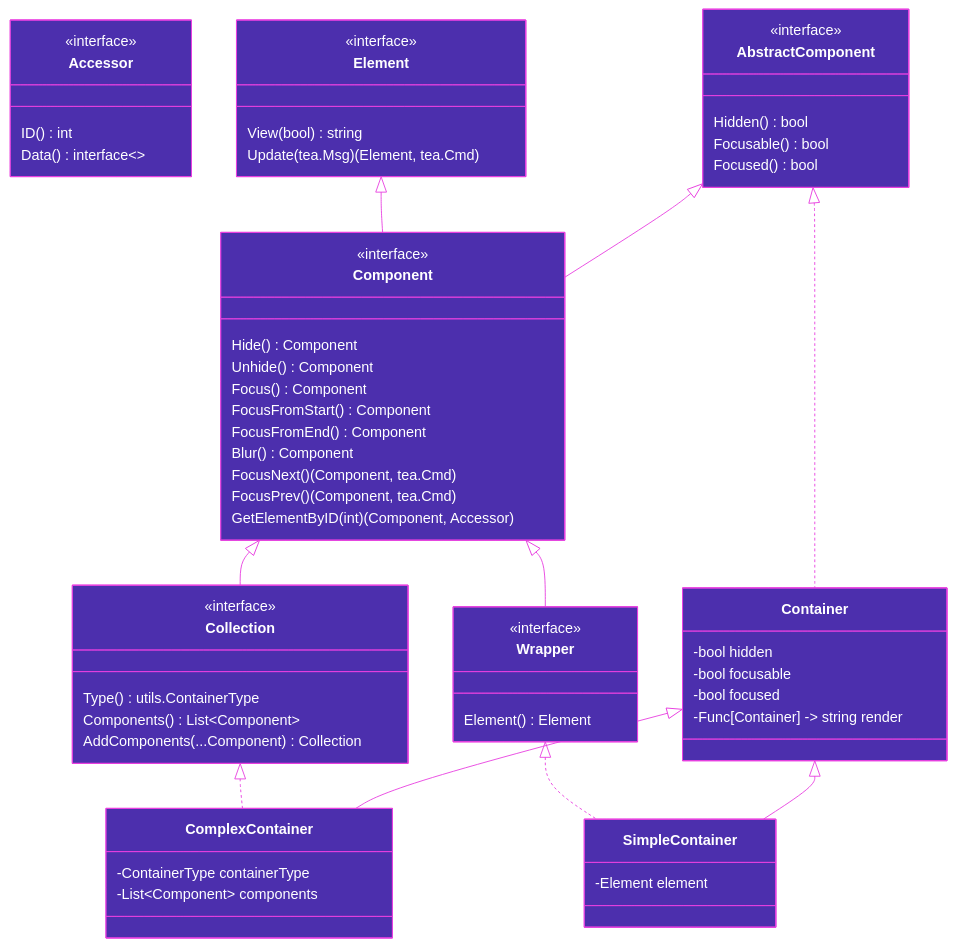
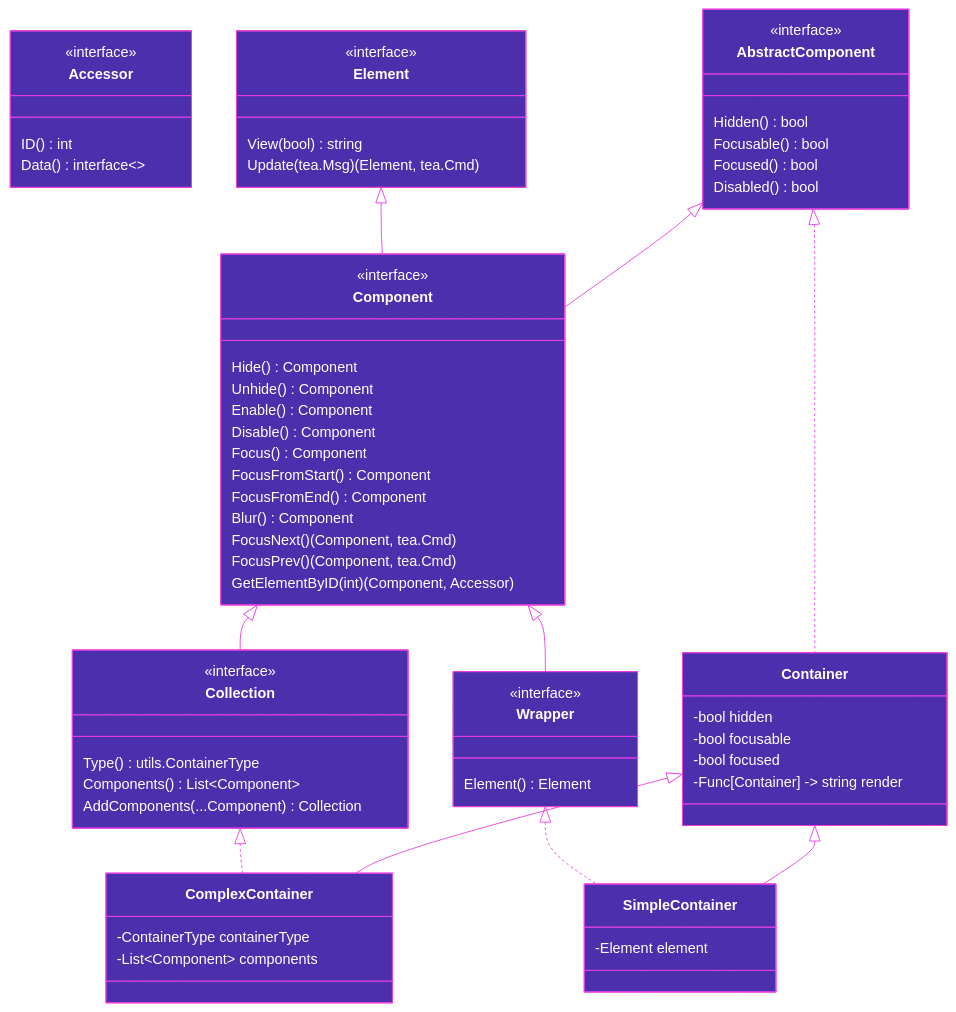
One commit to haykh/tuigo changed the second of 3 diagrams in README.md. Above: the diagram before and after it, drawn with Mermaid. The commit also changed other lines of this file and 3 other files, not shown here.

Commit message:
container enable/disable capability

```diff
--- a/README.md
+++ b/README.md
@@ -92,12 +92,15 @@
     Hidden() bool
     Focusable() bool
     Focused() bool
+	  Disabled() bool
   }
 
   class Component {
     <<interface>>
     Hide() Component
     Unhide() Component
+	  Enable() Component
+	  Disable() Component
     Focus() Component
     FocusFromStart() Component
     FocusFromEnd() Component
```
